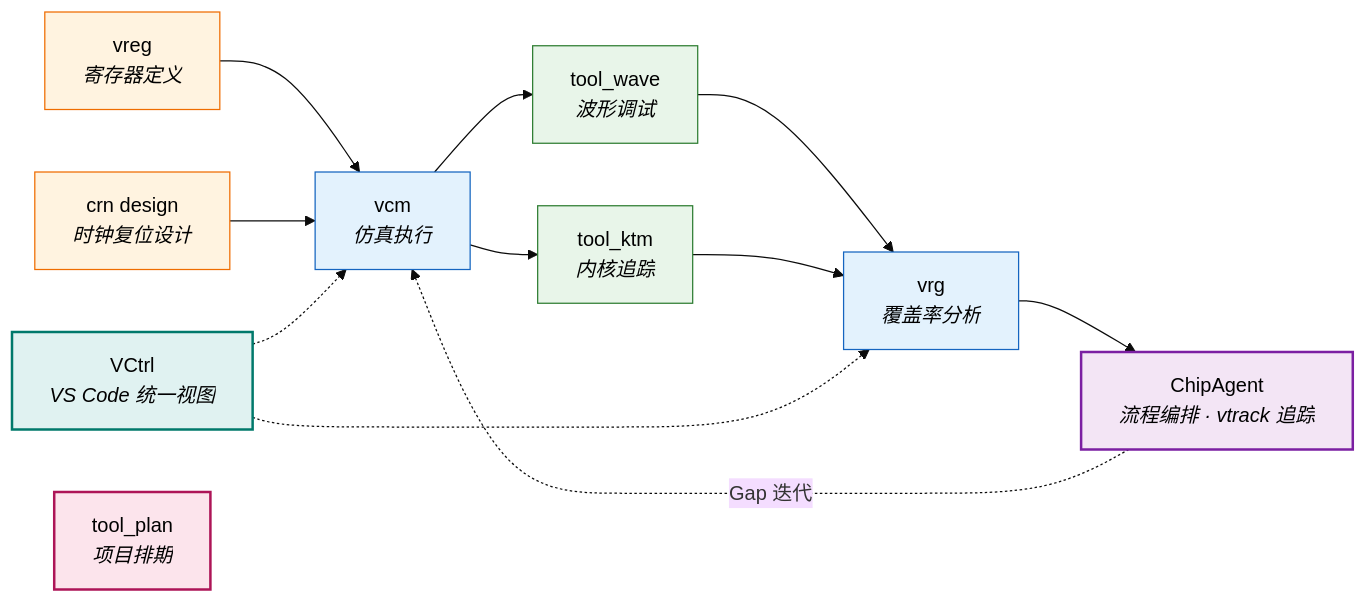
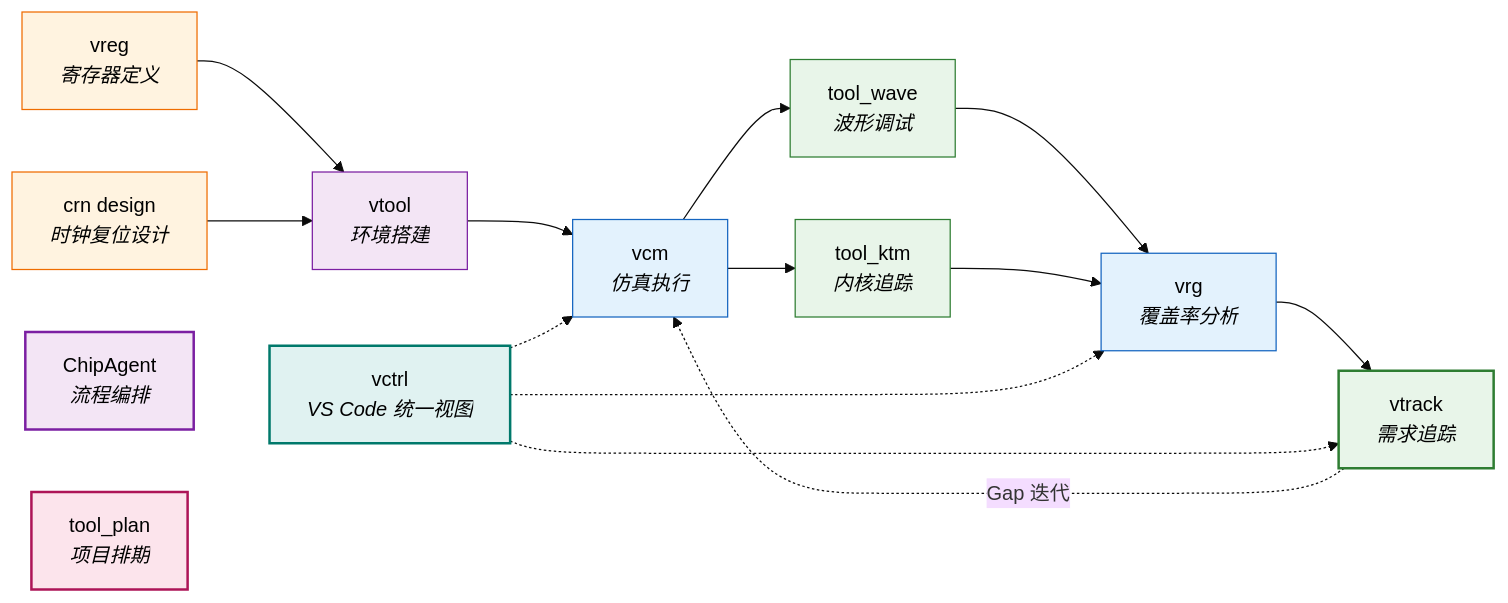
Before and after one commit to Johnmc104/Johnmc104: the second of 3 diagrams in README.md, drawn with Mermaid (base theme). The commit also changed other lines of this file, not shown here.

````diff
--- a/README.md
+++ b/README.md
@@ -100,30 +100,36 @@
 ```mermaid
 flowchart LR
     vreg["vreg<br/><i>寄存器定义</i>"]:::reg
     clkrst["crn design<br/><i>时钟复位设计</i>"]:::reg
+    vtool["vtool<br/><i>环境搭建</i>"]:::scaffold
     vcm["vcm<br/><i>仿真执行</i>"]:::tool
     wave["tool_wave<br/><i>波形调试</i>"]:::debug
     ktm["tool_ktm<br/><i>内核追踪</i>"]:::debug
     vrg["vrg<br/><i>覆盖率分析</i>"]:::tool
-    CA["ChipAgent<br/><i>流程编排 · vtrack 追踪</i>"]:::agent
+    vtrack["vtrack<br/><i>需求追踪</i>"]:::track
+    CA["ChipAgent<br/><i>流程编排</i>"]:::agent
 
-    vreg --> vcm
-    clkrst --> vcm
+    vreg --> vtool
+    clkrst --> vtool
+    vtool --> vcm
     vcm --> wave --> vrg
     vcm --> ktm --> vrg
-    vrg --> CA
-    CA -. "Gap 迭代" .-> vcm
+    vrg --> vtrack
+    vtrack -. "Gap 迭代" .-> vcm
 
-    vctrl["VCtrl<br/><i>VS Code 统一视图</i>"]:::gui
+    vctrl["vctrl<br/><i>VS Code 统一视图</i>"]:::gui
     tplan["tool_plan<br/><i>项目排期</i>"]:::plan
 
+    vctrl -.-> vtrack
     vctrl -.-> vcm
     vctrl -.-> vrg
 
     classDef agent fill:#f3e5f5,stroke:#7b1fa2,stroke-width:2px,color:#000
     classDef reg fill:#fff3e0,stroke:#ef6c00,color:#000
     classDef tool fill:#e3f2fd,stroke:#1565c0,color:#000
+    classDef scaffold fill:#f3e5f5,stroke:#7b1fa2,color:#000
+    classDef track fill:#e8f5e9,stroke:#2e7d32,stroke-width:2px,color:#000
     classDef debug fill:#e8f5e9,stroke:#2e7d32,color:#000
     classDef gui fill:#e0f2f1,stroke:#00796b,stroke-width:2px,color:#000
     classDef plan fill:#fce4ec,stroke:#ad1457,stroke-width:2px,color:#000
 ```
````
